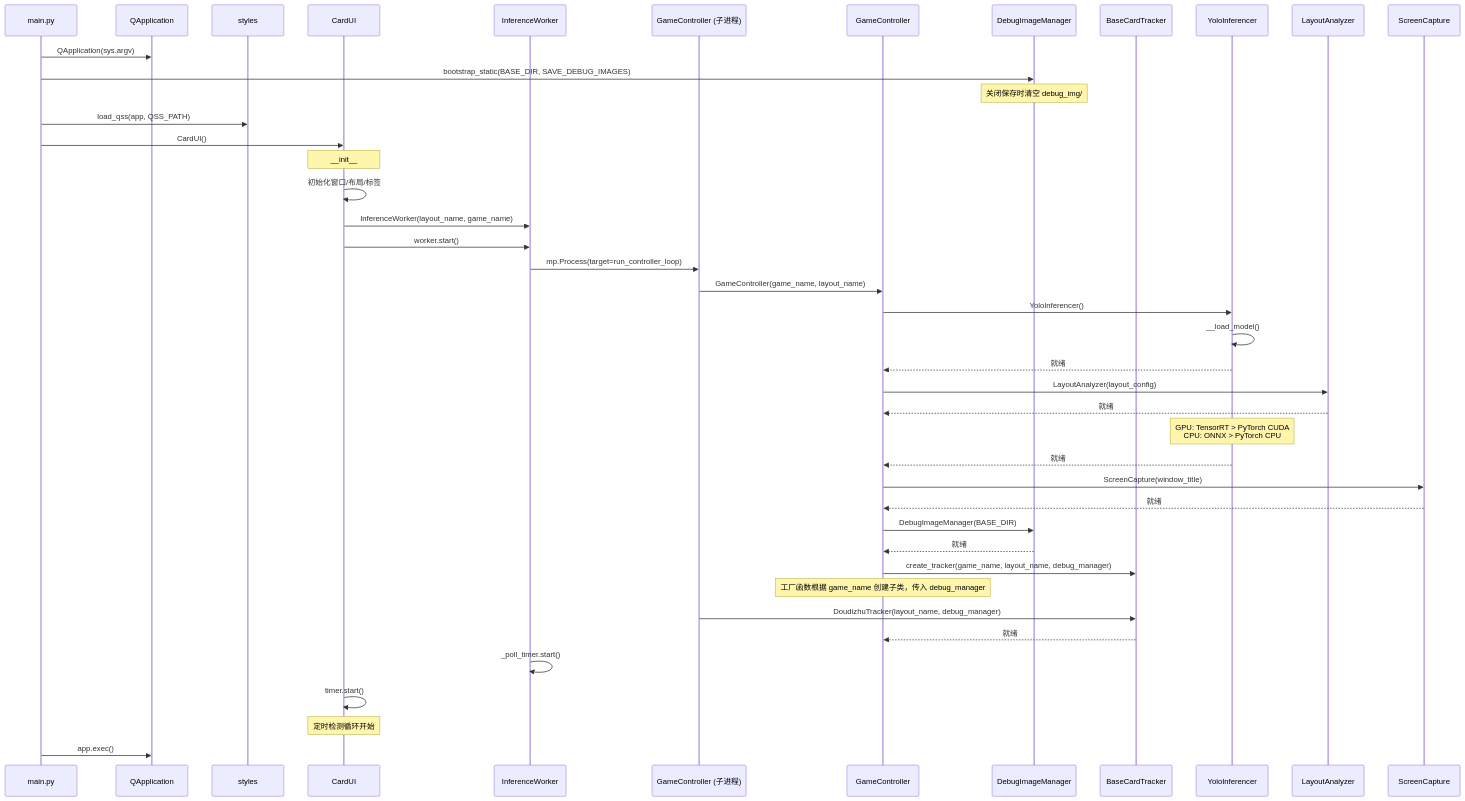
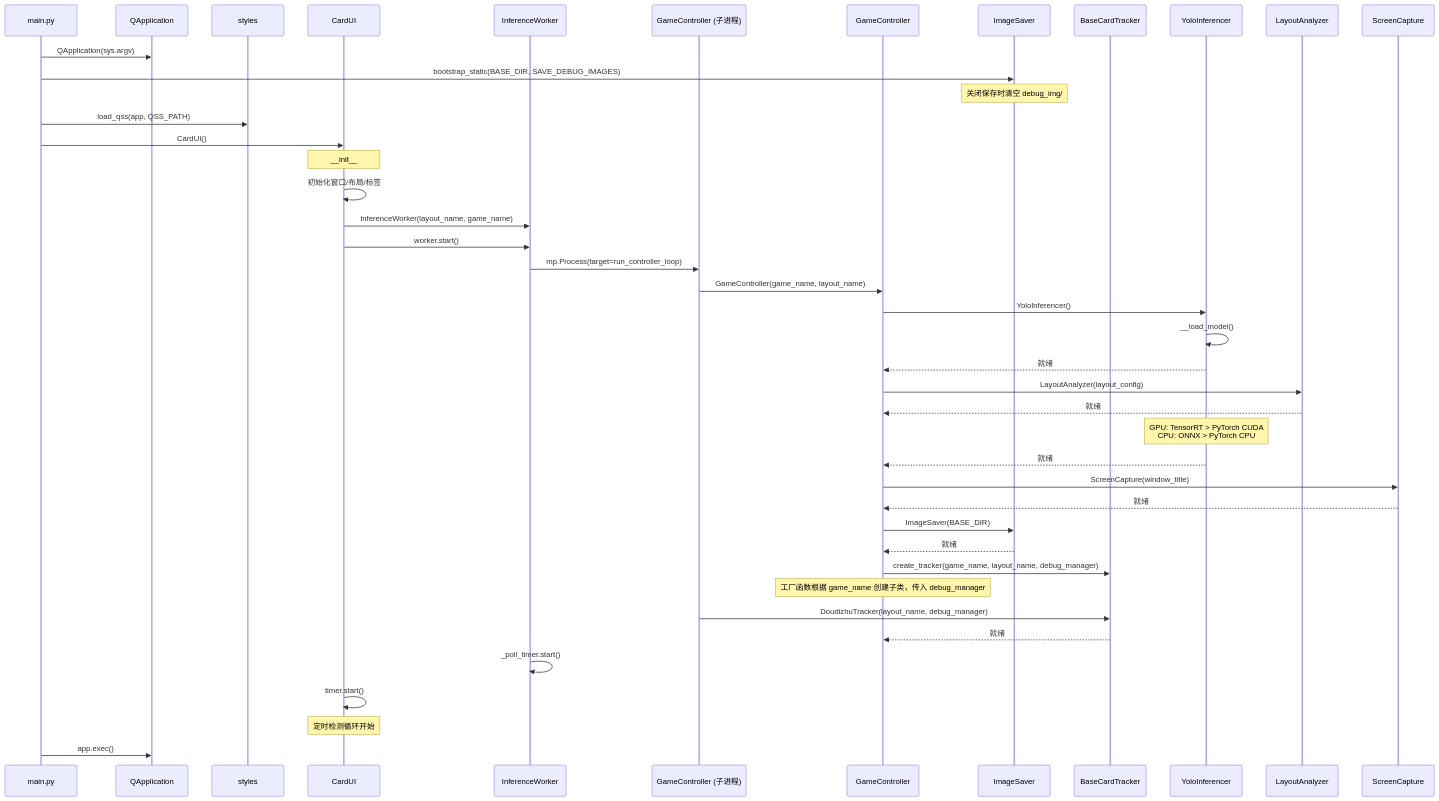
The second of 6 diagrams in docs/sequence-diagram.md (luckFan0519/han-card-tracker), drawn with Mermaid before and after one commit. The commit also changed 11 other files, not shown here.

````diff
--- a/docs/sequence-diagram.md
+++ b/docs/sequence-diagram.md
@@ -71,49 +71,49 @@
 ```mermaid
 sequenceDiagram
     participant Main as main.py
     participant App as QApplication
     participant Styles as styles
     participant UI as CardUI
     participant Worker as InferenceWorker
     participant SubProc as GameController (子进程)
     participant Controller as GameController
-    participant DebugMgr as DebugImageManager
+    participant DebugMgr as ImageSaver
     participant Tracker as BaseCardTracker
     participant Detector as YoloInferencer
     participant Analyzer as LayoutAnalyzer
     participant Capture as ScreenCapture
 
     Main->>App: QApplication(sys.argv)
     Main->>DebugMgr: bootstrap_static(BASE_DIR, SAVE_DEBUG_IMAGES)
     Note over DebugMgr: 关闭保存时清空 debug_img/
     Main->>Styles: load_qss(app, QSS_PATH)
     Main->>UI: CardUI()
 
     Note over UI: __init__
     UI->>UI: 初始化窗口/布局/标签
     UI->>Worker: InferenceWorker(layout_name, game_name)
     UI->>Worker: worker.start()
 
     Worker->>SubProc: mp.Process(target=run_controller_loop)
     SubProc->>Controller: GameController(game_name, layout_name)
     Controller->>Detector: YoloInferencer()
     Detector->>Detector: __load_model()
     Detector-->>Controller: 就绪
     Controller->>Analyzer: LayoutAnalyzer(layout_config)
     Analyzer-->>Controller: 就绪
     Note over Detector: GPU: TensorRT > PyTorch CUDA<br/>CPU: ONNX > PyTorch CPU
     Detector-->>Controller: 就绪
     Controller->>Capture: ScreenCapture(window_title)
     Capture-->>Controller: 就绪
-    Controller->>DebugMgr: DebugImageManager(BASE_DIR)
+    Controller->>DebugMgr: ImageSaver(BASE_DIR)
     DebugMgr-->>Controller: 就绪
     Controller->>Tracker: create_tracker(game_name, layout_name, debug_manager)
     Note over Controller: 工厂函数根据 game_name 创建子类，传入 debug_manager
     SubProc->>Tracker: DoudizhuTracker(layout_name, debug_manager)
     Tracker-->>Controller: 就绪
 
     Worker->>Worker: _poll_timer.start()
     UI->>UI: timer.start()
     Note over UI: 定时检测循环开始
     Main->>App: app.exec()
 ```
````
